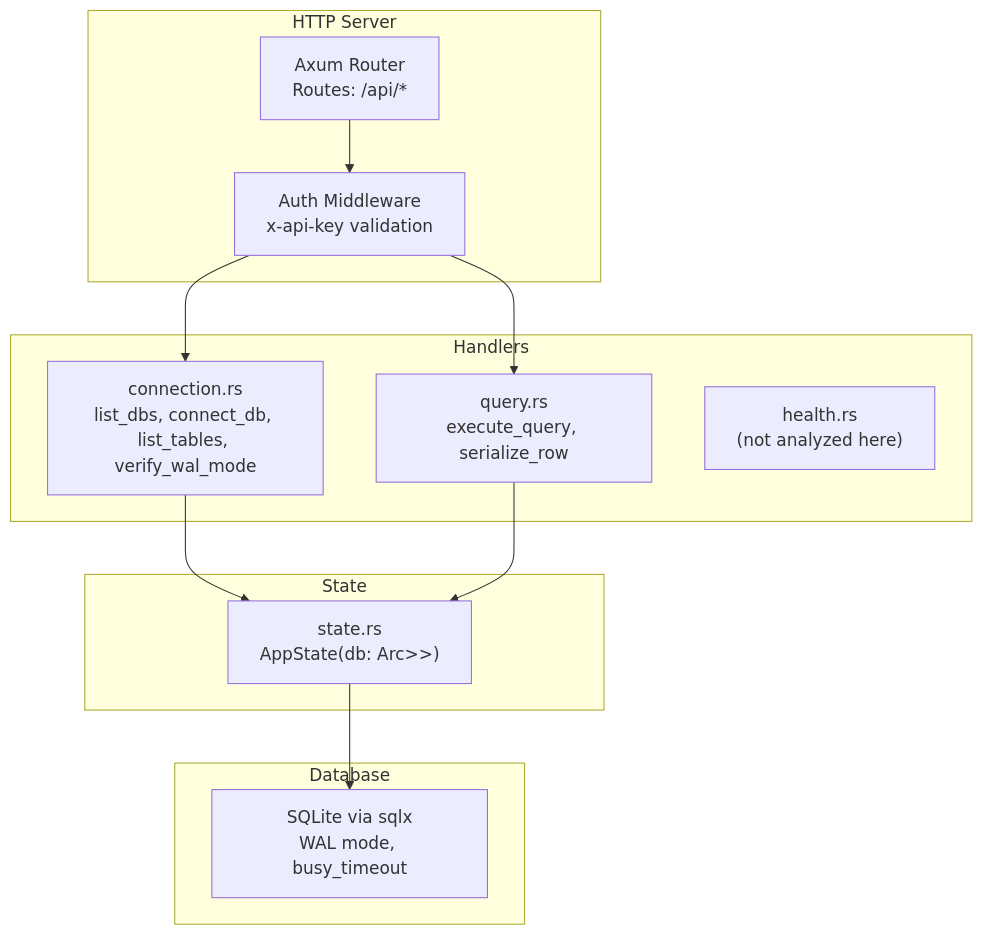
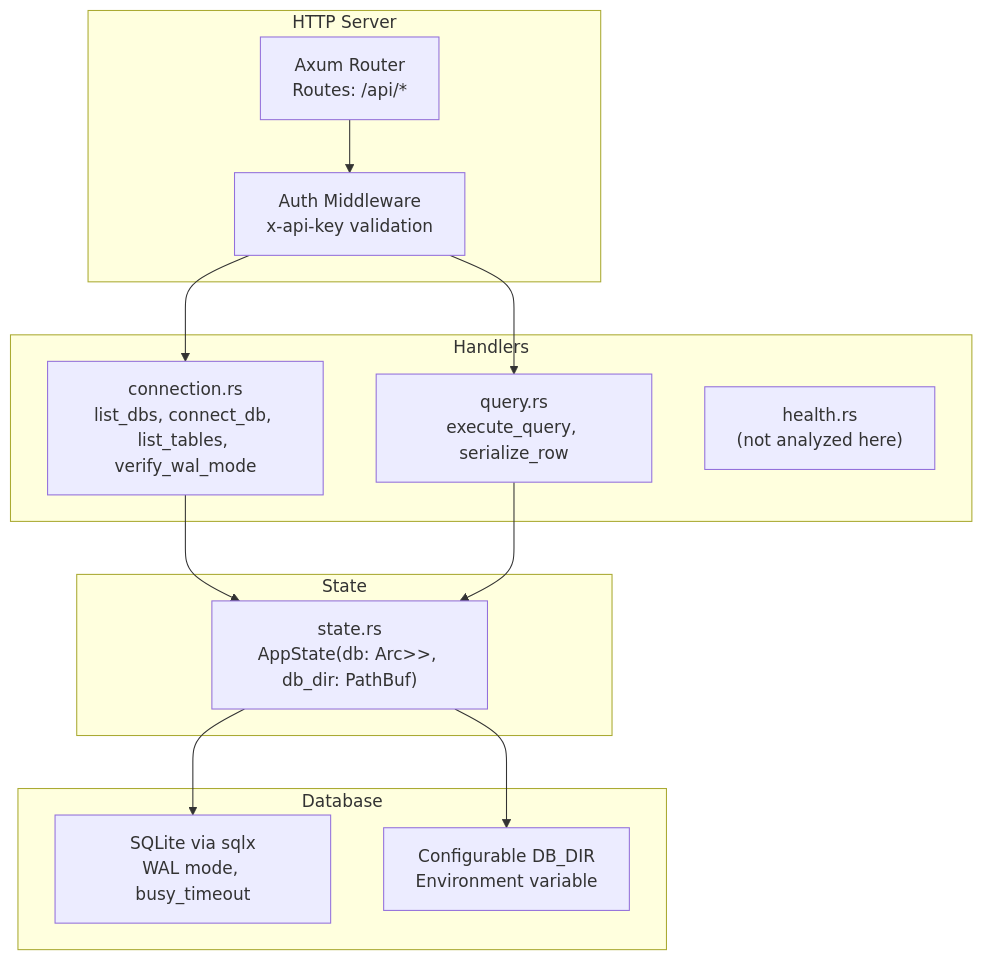
Before and after one commit to sutanto1010/crablite: the first of 8 diagrams in .qoder/repowiki/en/content/Backend Development/Database Layer & Connection Management.md, drawn with Mermaid. The commit also changed other lines of this file and 47 other files, not shown here.

````diff
--- a/.qoder/repowiki/en/content/Backend Development/Database Layer & Connection Management.md
+++ b/.qoder/repowiki/en/content/Backend Development/Database Layer & Connection Management.md
@@ -29,24 +36,26 @@
 ```mermaid
 graph TB
 subgraph "HTTP Server"
 A["Axum Router<br/>Routes: /api/*"]
 B["Auth Middleware<br/>x-api-key validation"]
 end
 subgraph "Handlers"
 C["connection.rs<br/>list_dbs, connect_db, list_tables, verify_wal_mode"]
 D["query.rs<br/>execute_query, serialize_row"]
 E["health.rs<br/>(not analyzed here)"]
 end
 subgraph "State"
-F["state.rs<br/>AppState(db: Arc<RwLock<Option<SqlitePool>>>)"]
+F["state.rs<br/>AppState(db: Arc<RwLock<Option<SqlitePool>>>, db_dir: PathBuf)"]
 end
 subgraph "Database"
 G["SQLite via sqlx<br/>WAL mode, busy_timeout"]
+H["Configurable DB_DIR<br/>Environment variable"]
 end
 A --> B
 B --> C
 B --> D
 C --> F
 D --> F
 F --> G
+F --> H
 ```
````
